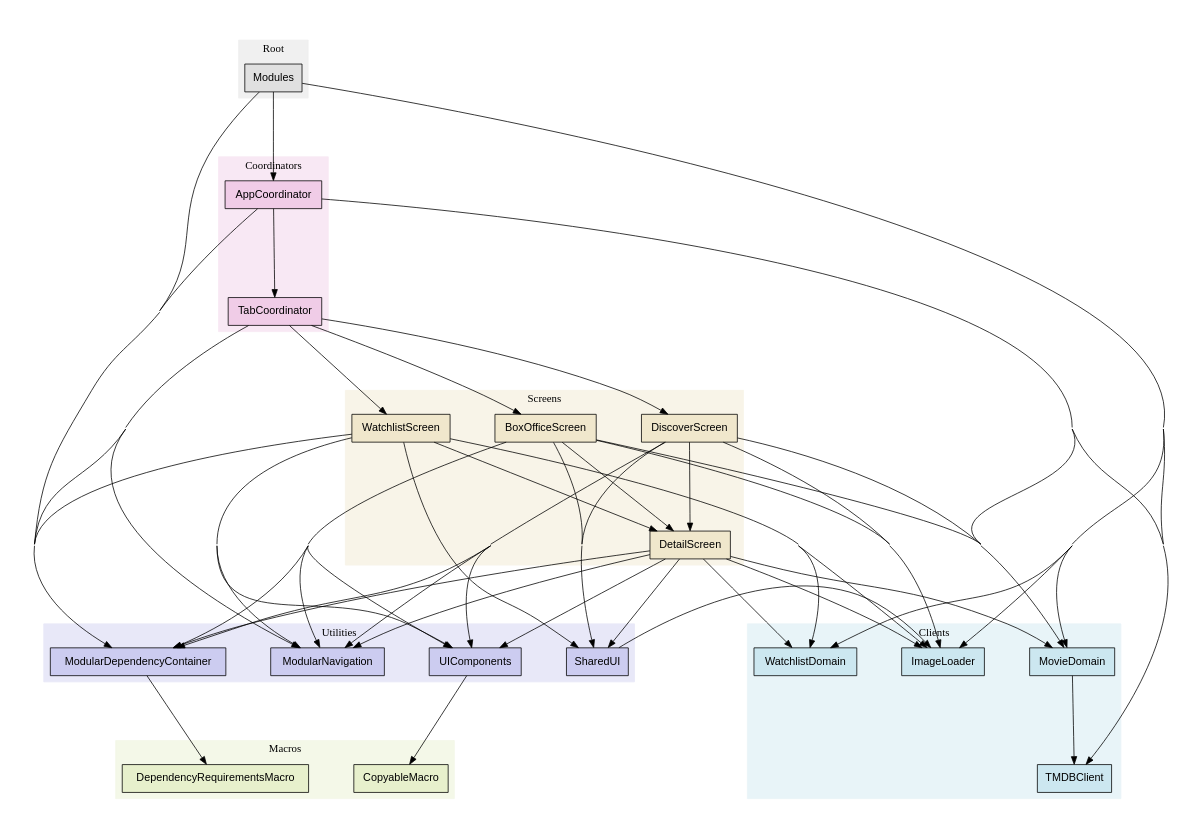
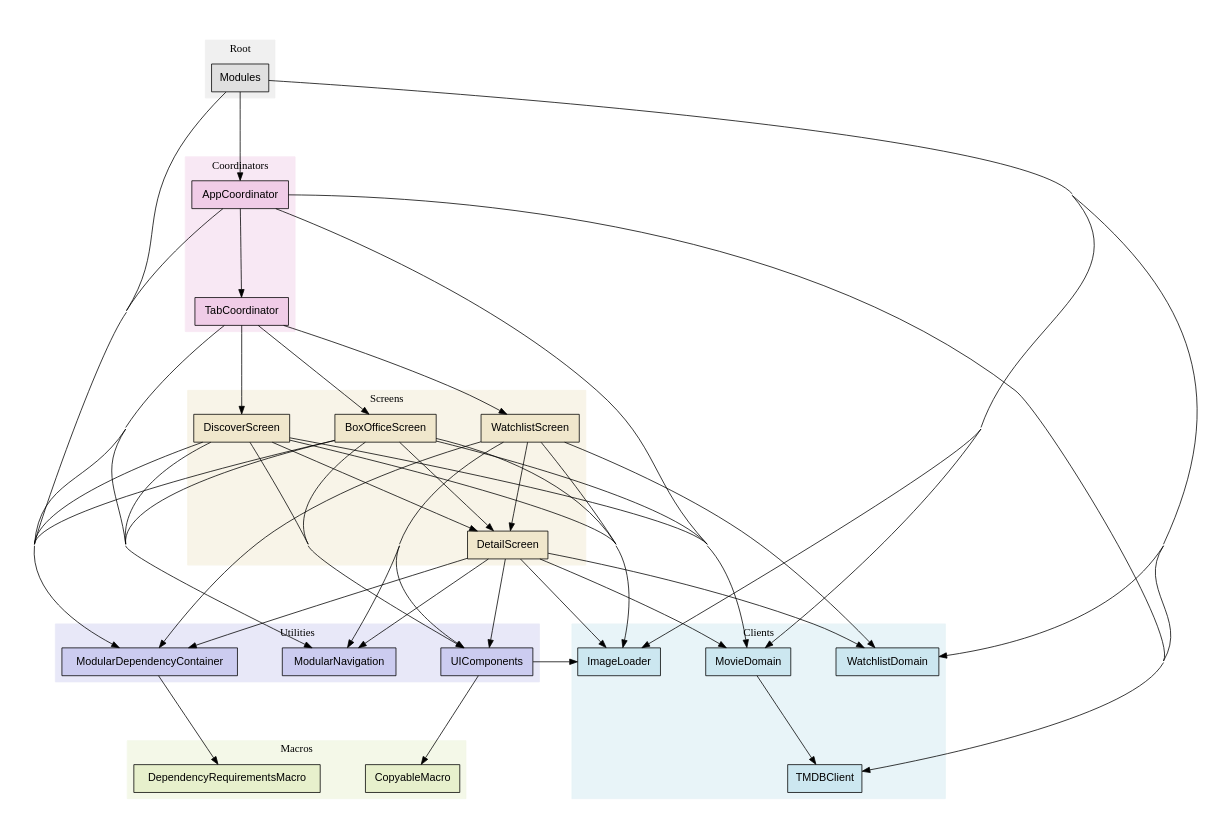
The diagram in dependency-graph-modules.dot (stephane-at-hatch/DIDemo), drawn with Graphviz before and after one commit. The commit also changed 84 other files, not shown here.

```diff
--- a/dependency-graph-modules.dot
+++ b/dependency-graph-modules.dot
@@ -1,118 +1,113 @@
 digraph ModuleDependencies {
     rankdir=TB;
     ranksep=1.6;
     nodesep=0.8;
     pad=0.5;
     compound=true;
     concentrate=true;
     splines=spline;
     node [shape=box, style=filled, fontname="Helvetica"];
 
     subgraph cluster_utilities {
         label="Utilities";
         style=filled;
         color="#e8e8f8";
 
         ModularDependencyContainer [label="ModularDependencyContainer", fillcolor="#ccccf0"];
         ModularNavigation [label="ModularNavigation", fillcolor="#ccccf0"];
-        SharedUI [label="SharedUI", fillcolor="#ccccf0"];
         UIComponents [label="UIComponents", fillcolor="#ccccf0"];
     }
 
     subgraph cluster_clients {
         label="Clients";
         style=filled;
         color="#e8f4f8";
 
         ImageLoader [label="ImageLoader", fillcolor="#cce7f0"];
         MovieDomain [label="MovieDomain", fillcolor="#cce7f0"];
         TMDBClient [label="TMDBClient", fillcolor="#cce7f0"];
         WatchlistDomain [label="WatchlistDomain", fillcolor="#cce7f0"];
     }
 
     subgraph cluster_screens {
         label="Screens";
         style=filled;
         color="#f8f4e8";
 
         BoxOfficeScreen [label="BoxOfficeScreen", fillcolor="#f0e7cc"];
         DetailScreen [label="DetailScreen", fillcolor="#f0e7cc"];
         DiscoverScreen [label="DiscoverScreen", fillcolor="#f0e7cc"];
         WatchlistScreen [label="WatchlistScreen", fillcolor="#f0e7cc"];
     }
 
     subgraph cluster_coordinators {
         label="Coordinators";
         style=filled;
         color="#f8e8f4";
 
         AppCoordinator [label="AppCoordinator", fillcolor="#f0cce7"];
         TabCoordinator [label="TabCoordinator", fillcolor="#f0cce7"];
     }
 
     subgraph cluster_macros {
         label="Macros";
         style=filled;
         color="#f4f8e8";
 
         CopyableMacro [label="CopyableMacro", fillcolor="#e7f0cc"];
         DependencyRequirementsMacro [label="DependencyRequirementsMacro", fillcolor="#e7f0cc"];
     }
 
     subgraph cluster_root {
         label="Root";
         style=filled;
         color="#f0f0f0";
 
         Modules [label="Modules", fillcolor="#e0e0e0"];
     }
 
     // Dependencies
     Modules -> ModularDependencyContainer;
     Modules -> TMDBClient;
     Modules -> ImageLoader;
     Modules -> MovieDomain;
     Modules -> WatchlistDomain;
     Modules -> AppCoordinator;
     AppCoordinator -> ModularDependencyContainer;
     AppCoordinator -> MovieDomain;
     AppCoordinator -> TabCoordinator;
     AppCoordinator -> TMDBClient;
     TabCoordinator -> ModularDependencyContainer;
     TabCoordinator -> BoxOfficeScreen;
     TabCoordinator -> DiscoverScreen;
     TabCoordinator -> WatchlistScreen;
     TabCoordinator -> ModularNavigation;
     BoxOfficeScreen -> ModularDependencyContainer;
     BoxOfficeScreen -> ModularNavigation;
     BoxOfficeScreen -> MovieDomain;
     BoxOfficeScreen -> ImageLoader;
     BoxOfficeScreen -> DetailScreen;
     BoxOfficeScreen -> UIComponents;
-    BoxOfficeScreen -> SharedUI;
     DiscoverScreen -> ModularDependencyContainer;
     DiscoverScreen -> ModularNavigation;
     DiscoverScreen -> MovieDomain;
     DiscoverScreen -> ImageLoader;
     DiscoverScreen -> DetailScreen;
     DiscoverScreen -> UIComponents;
-    DiscoverScreen -> SharedUI;
     DetailScreen -> ModularDependencyContainer;
     DetailScreen -> ModularNavigation;
     DetailScreen -> MovieDomain;
     DetailScreen -> WatchlistDomain;
     DetailScreen -> ImageLoader;
     DetailScreen -> UIComponents;
-    DetailScreen -> SharedUI;
     WatchlistScreen -> ModularDependencyContainer;
     WatchlistScreen -> ModularNavigation;
     WatchlistScreen -> WatchlistDomain;
     WatchlistScreen -> ImageLoader;
     WatchlistScreen -> DetailScreen;
     WatchlistScreen -> UIComponents;
-    WatchlistScreen -> SharedUI;
     MovieDomain -> TMDBClient;
     ModularDependencyContainer -> DependencyRequirementsMacro;
-    SharedUI -> ImageLoader;
     UIComponents -> CopyableMacro;
+    UIComponents -> ImageLoader;
 }
```
